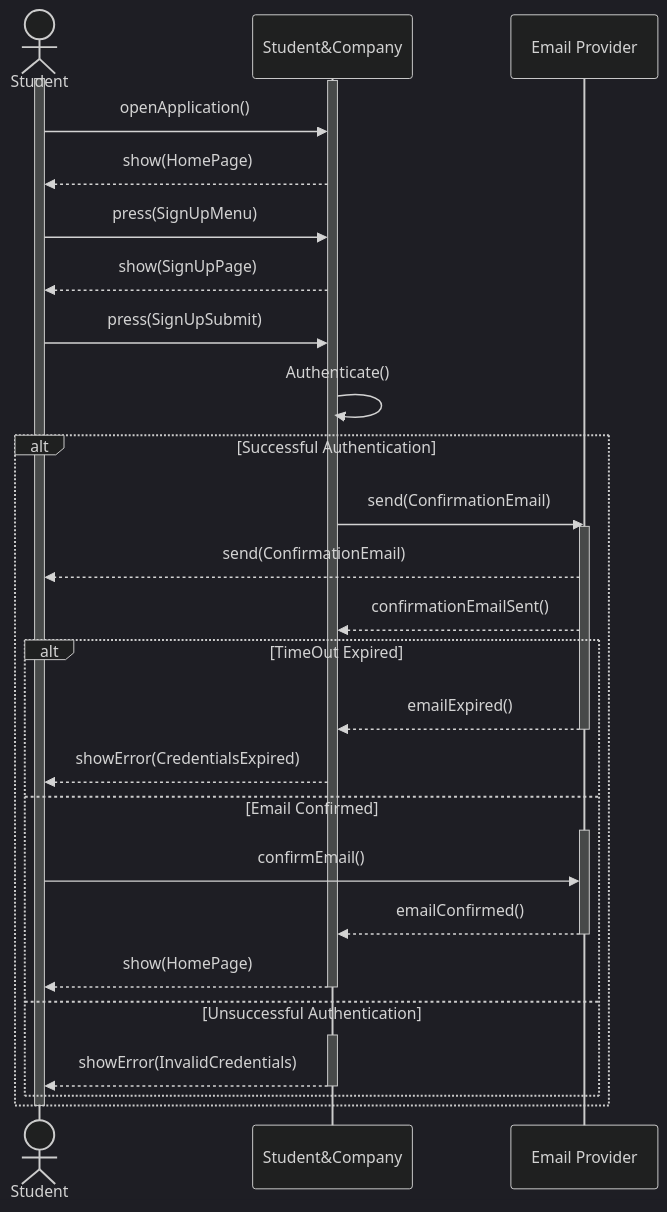
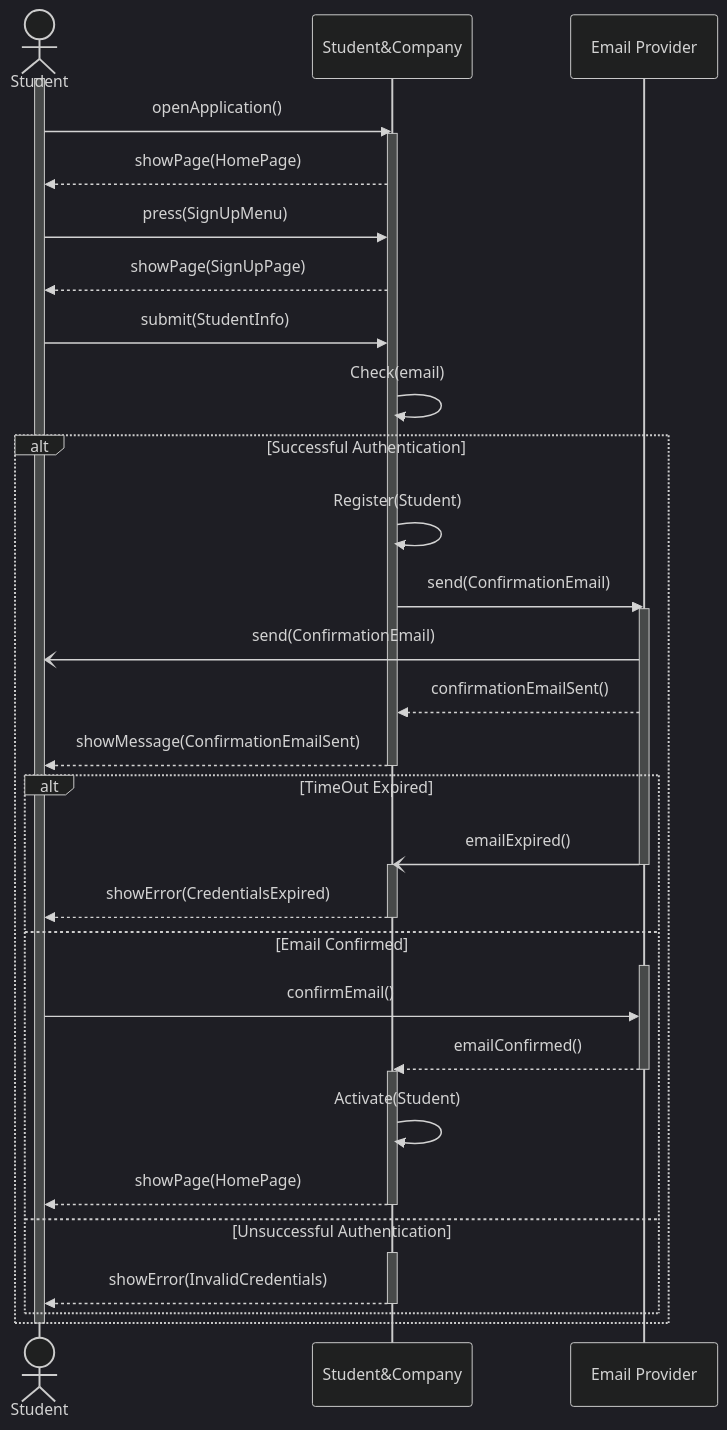
The first of 13 diagrams in Diagrams/SequenceDiagrams.md (Slaitroc/RicciPaoliGrisoni), drawn with Mermaid (dark theme) before and after one commit. The commit also changed other lines of this file, not shown here.

Commit message:
3.2.3 SeqDiagrams update created CompanySignUp, UniversitySignUp, UserSignIn, LoadCurriculum, AdvertiseInternship, SpontaneousApplication, AcceptMatch, FeedbackMechanism, AssignInterview, PublishComplaint, RespondToComplaint, TerminateInternship

````diff
--- a/Diagrams/SequenceDiagrams.md
+++ b/Diagrams/SequenceDiagrams.md
@@ -1,39 +2,44 @@
 ```mermaid
-
-%% Student Signup
 sequenceDiagram
     actor  Student
     participant Student&Company
     participant  Email Provider
-    activate Student 
+    activate Student
+    Student ->> Student&Company: openApplication()
     activate Student&Company
-    Student ->> Student&Company: openApplication()
-    Student&Company -->> Student: show(HomePage)
+    Student&Company -->> Student: showPage(HomePage)
     Student ->> Student&Company: press(SignUpMenu)
-    Student&Company -->> Student: show(SignUpPage)
-    Student ->> Student&Company: press(SignUpSubmit)
-    Student&Company ->> Student&Company: Authenticate()
+    Student&Company -->> Student: showPage(SignUpPage)
+    Student ->> Student&Company: submit(StudentInfo)
+    Student&Company ->> Student&Company: Check(email)
     alt Successful Authentication
-    Student&Company ->> Email Provider: send(ConfirmationEmail)
-    activate Email Provider
-    Email Provider -->> Student: send(ConfirmationEmail)
-    Email Provider -->> Student&Company: confirmationEmailSent()
-    alt TimeOut Expired
-        Email Provider -->> Student&Company: emailExpired()
-        deactivate Email Provider
-        Student&Company -->> Student: showError(CredentialsExpired)
-    else Email Confirmed
+        Student&Company ->> Student&Company: Register(Student)
+        Student&Company ->> Email Provider: send(ConfirmationEmail)
         activate Email Provider
-        Student ->> Email Provider: confirmEmail()
-        Email Provider -->> Student&Company: emailConfirmed()
-        deactivate Email Provider
-    Student&Company -->> Student: show(HomePage)
-    deactivate Student&Company
+        Email Provider -) Student: send(ConfirmationEmail)
+        Email Provider -->> Student&Company: confirmationEmailSent()
+        Student&Company -->> Student: showMessage(ConfirmationEmailSent)
+        deactivate Student&Company
+        alt TimeOut Expired
+            Email Provider -) Student&Company: emailExpired()
+            activate Student&Company
+            deactivate Email Provider
+            Student&Company -->> Student: showError(CredentialsExpired)
+            deactivate Student&Company
+        else Email Confirmed
+            activate Email Provider
+            Student ->> Email Provider: confirmEmail()
+            Email Provider -->> Student&Company: emailConfirmed()
+            deactivate Email Provider
+            activate Student&Company
+            Student&Company ->> Student&Company: Activate(Student)
+            Student&Company -->> Student: showPage(HomePage)
+            deactivate Student&Company
     else Unsuccessful Authentication
-    activate Student&Company
-    Student&Company -->> Student: showError(InvalidCredentials)
-    deactivate Student&Company
-    end
+        activate Student&Company
+        Student&Company -->> Student: showError(InvalidCredentials)
+        deactivate Student&Company
+        end
     end
     deactivate Student
 ```
````
